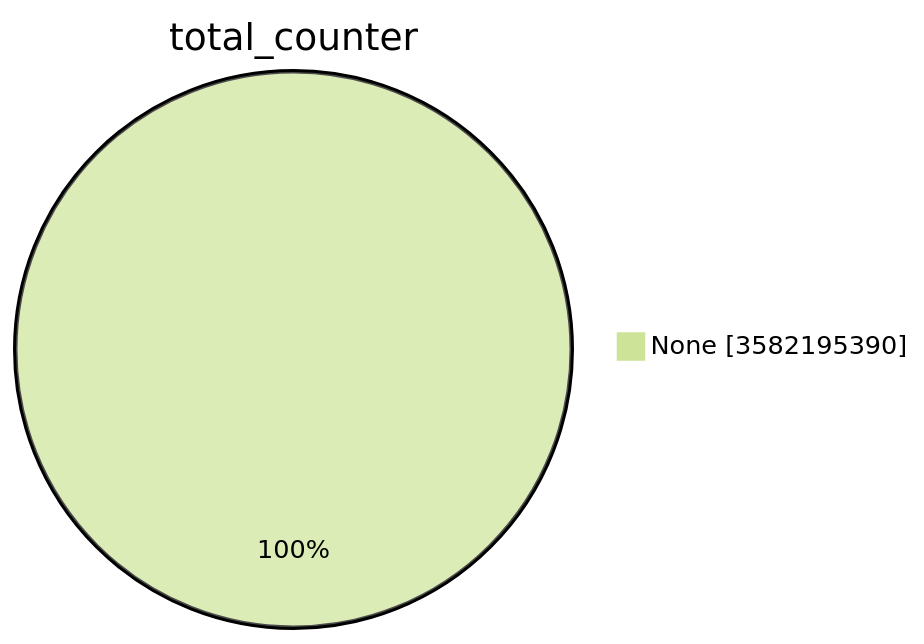
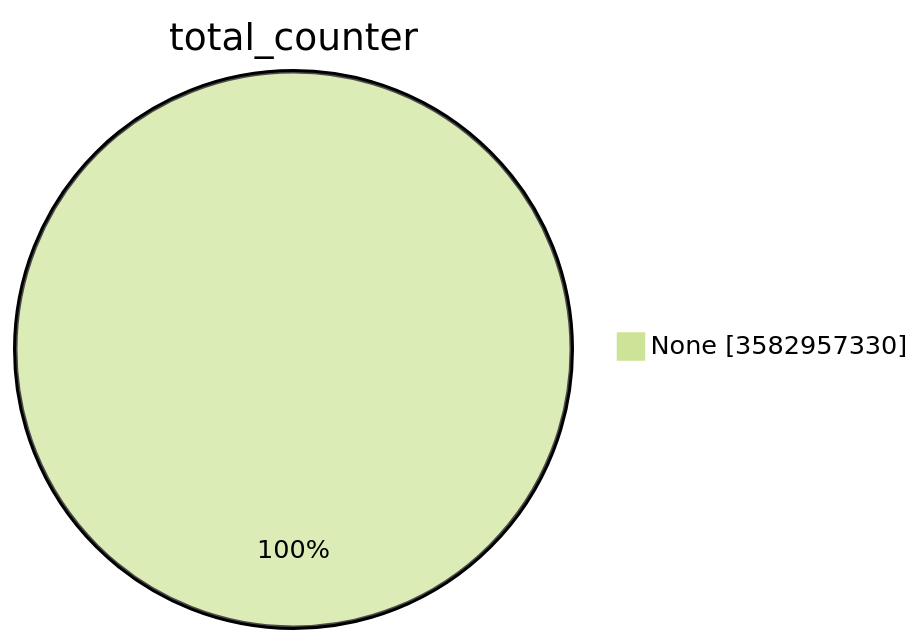
One commit to christiankrug/ctmonitor_visualization changed the first of 15 diagrams in TOTAL/README.md. Above: the diagram before and after it, drawn with Mermaid (forest theme). The commit also changed other lines of this file, not shown here.

````diff
--- a/TOTAL/README.md
+++ b/TOTAL/README.md
@@ -1,5 +1,5 @@
 ```mermaid
 pie showData
 title total_counter
-"None" :3582195390
+"None" :3582957330
 ```
````
